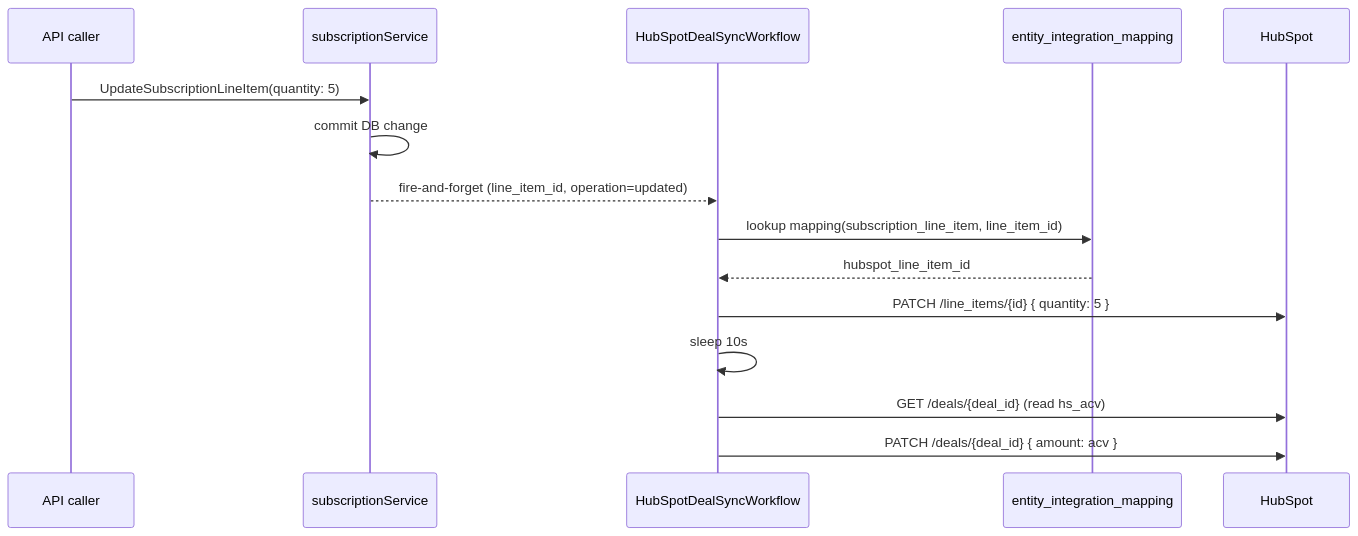
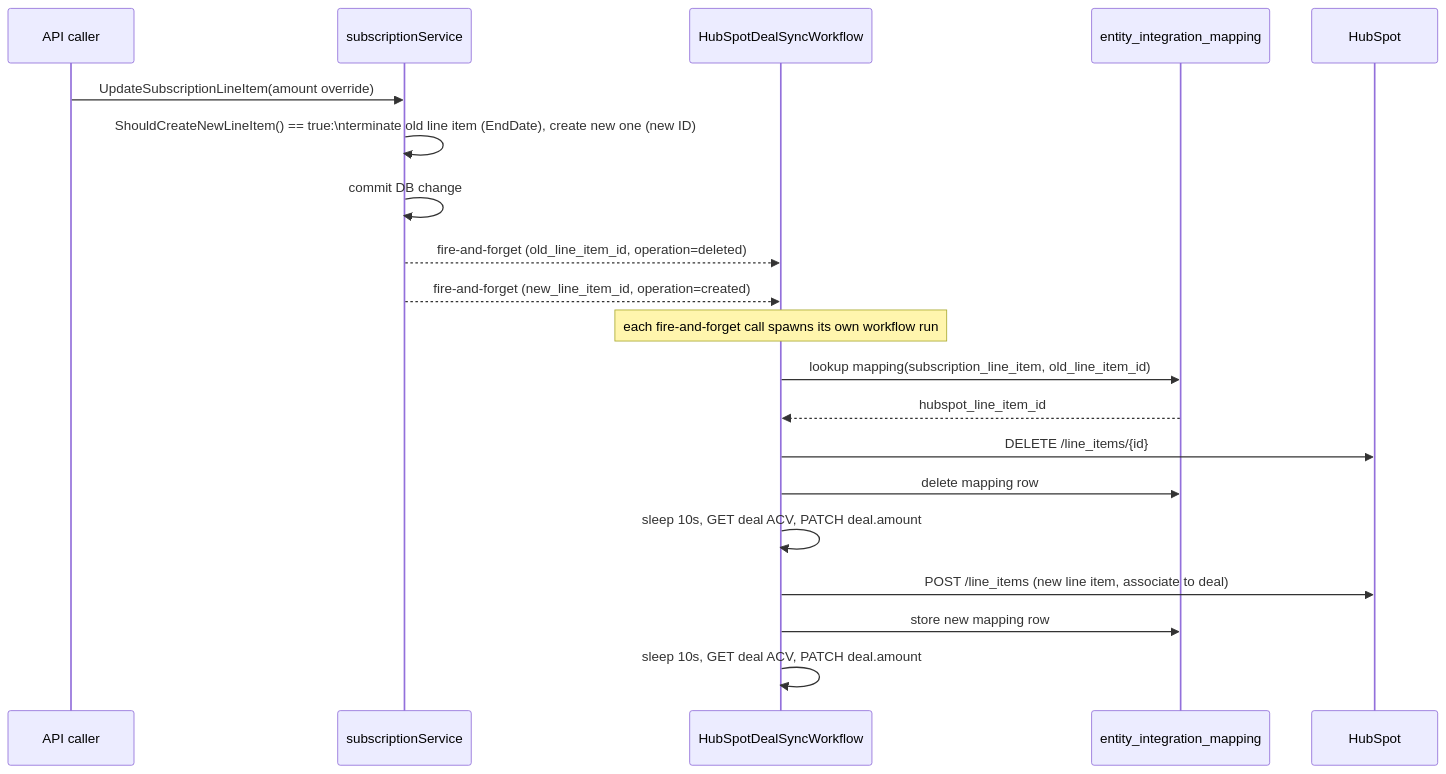
One commit to flexprice/flexprice changed the second of 3 diagrams in docs/design/2026-07-27-hubspot-deal-line-item-sync.md. Above: the diagram before and after it, drawn with Mermaid. The commit also changed other lines of this file, not shown here.

First line of the commit message:
docs(hubspot): correct design spec to create+delete only, no PATCH

````diff
--- a/docs/design/2026-07-27-hubspot-deal-line-item-sync.md
+++ b/docs/design/2026-07-27-hubspot-deal-line-item-sync.md
@@ -74,18 +80,23 @@
 ```mermaid
 sequenceDiagram
     participant API as API caller
     participant Svc as subscriptionService
     participant WF as HubSpotDealSyncWorkflow
     participant EIM as entity_integration_mapping
     participant HS as HubSpot
 
-    API->>Svc: UpdateSubscriptionLineItem(quantity: 5)
+    API->>Svc: UpdateSubscriptionLineItem(amount override)
+    Svc->>Svc: ShouldCreateNewLineItem() == true:\nterminate old line item (EndDate), create new one (new ID)
     Svc->>Svc: commit DB change
-    Svc-->>WF: fire-and-forget (line_item_id, operation=updated)
-    WF->>EIM: lookup mapping(subscription_line_item, line_item_id)
+    Svc-->>WF: fire-and-forget (old_line_item_id, operation=deleted)
+    Svc-->>WF: fire-and-forget (new_line_item_id, operation=created)
+    Note over WF: each fire-and-forget call spawns its own workflow run
+    WF->>EIM: lookup mapping(subscription_line_item, old_line_item_id)
     EIM-->>WF: hubspot_line_item_id
-    WF->>HS: PATCH /line_items/{id} { quantity: 5 }
-    WF->>WF: sleep 10s
-    WF->>HS: GET /deals/{deal_id} (read hs_acv)
-    WF->>HS: PATCH /deals/{deal_id} { amount: acv }
+    WF->>HS: DELETE /line_items/{id}
+    WF->>EIM: delete mapping row
+    WF->>WF: sleep 10s, GET deal ACV, PATCH deal.amount
+    WF->>HS: POST /line_items (new line item, associate to deal)
+    WF->>EIM: store new mapping row
+    WF->>WF: sleep 10s, GET deal ACV, PATCH deal.amount
 ```
````
